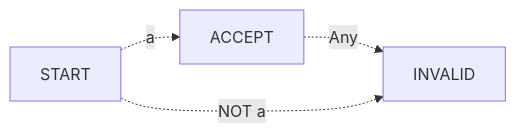
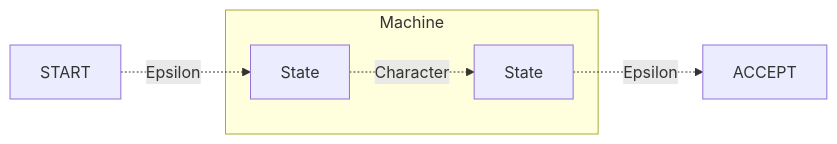
One commit to shuyelin06/Obsidian-Notes changed the third of 6 diagrams in content/Classes/CMSC330/Automata Theory.md. Above: the diagram before and after it, drawn with Mermaid. The commit also changed other lines of this file and 2 other files, not shown here.

````diff
--- a/content/Classes/CMSC330/Automata Theory.md
+++ b/content/Classes/CMSC330/Automata Theory.md
@@ -219,9 +125,12 @@
 ```mermaid
-graph LR 
-      s1[START];
-      s2[ACCEPT];
-      s3[INVALID];
+graph LR
+      start[START];
+      accept[ACCEPT];
 
-      s1 -. a .-> s2 -. Any .-> s3;
-      s1 -. NOT a .-> s3;
+      subgraph Machine
+            n1[State] -. Character .-> n2[State]
+      end
+
+      start -. Epsilon .-> n1;
+      n2 -. Epsilon .-> accept;
 ```
````
